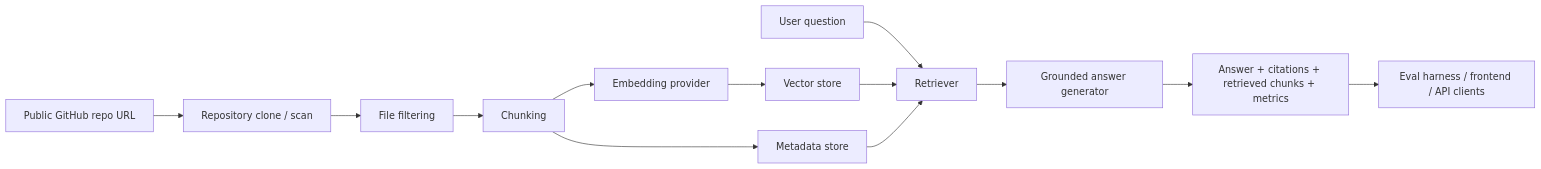
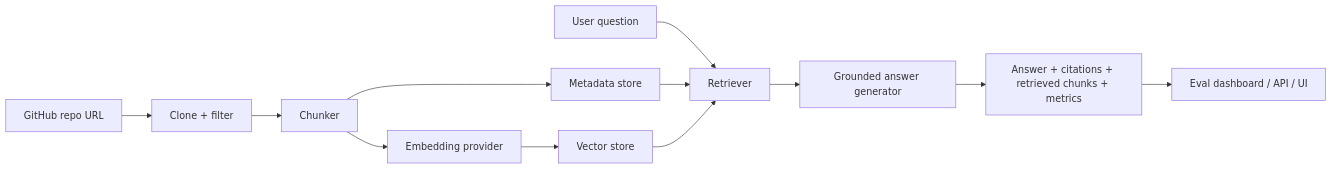
One commit to Arunteja27/repolens-ai changed the diagram in README.md. Above: the diagram before and after it, drawn with Mermaid. The commit also changed other lines of this file, not shown here.

````diff
--- a/README.md
+++ b/README.md
@@ -51,15 +18,14 @@
 ```mermaid
 flowchart LR
-    A[Public GitHub repo URL] --> B[Repository clone / scan]
-    B --> C[File filtering]
-    C --> D[Chunking]
-    D --> E[Metadata store]
-    D --> F[Embedding provider]
-    F --> G[Vector store]
-    H[User question] --> I[Retriever]
-    G --> I
-    E --> I
-    I --> J[Grounded answer generator]
-    J --> K[Answer + citations + retrieved chunks + metrics]
-    K --> L[Eval harness / frontend / API clients]
+    A[GitHub repo URL] --> B[Clone + filter]
+    B --> C[Chunker]
+    C --> D[Metadata store]
+    C --> E[Embedding provider]
+    E --> F[Vector store]
+    G[User question] --> H[Retriever]
+    D --> H
+    F --> H
+    H --> I[Grounded answer generator]
+    I --> J[Answer + citations + retrieved chunks + metrics]
+    J --> K[Eval dashboard / API / UI]
 ```
````
